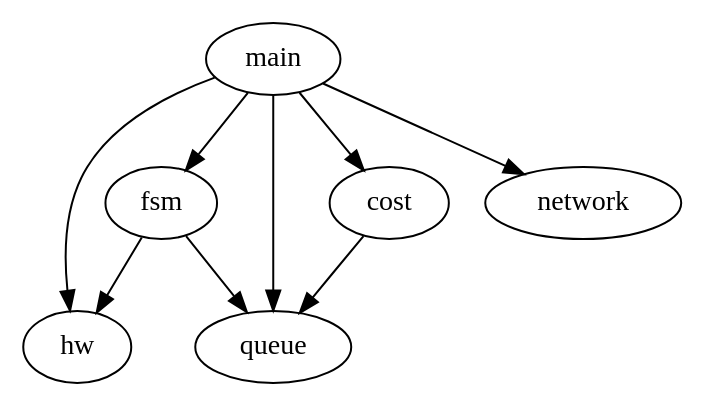
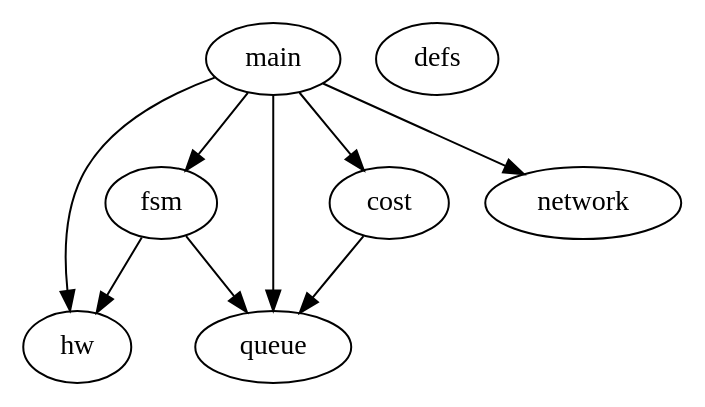
Before and after one commit to mmshabab90/TTK4145-Heis: the diagram in Documentation/dependancy_diagram.gv, drawn with Graphviz.

Commit message:
New diagram

```diff
--- a/Documentation/dependancy_diagram.gv
+++ b/Documentation/dependancy_diagram.gv
@@ -1,10 +1,11 @@
 digraph G {
 	main -> hw;
 	main -> fsm;
 	main -> queue;
 	main -> cost;
 	main -> network;
 	fsm -> hw;
 	fsm -> queue;
 	cost -> queue;
+	defs;
 }
```
